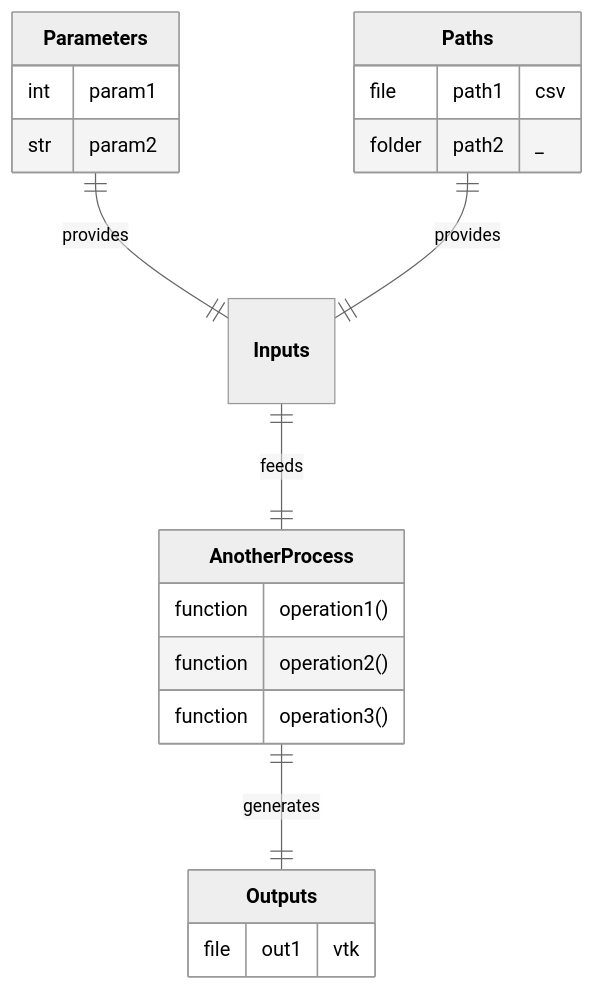
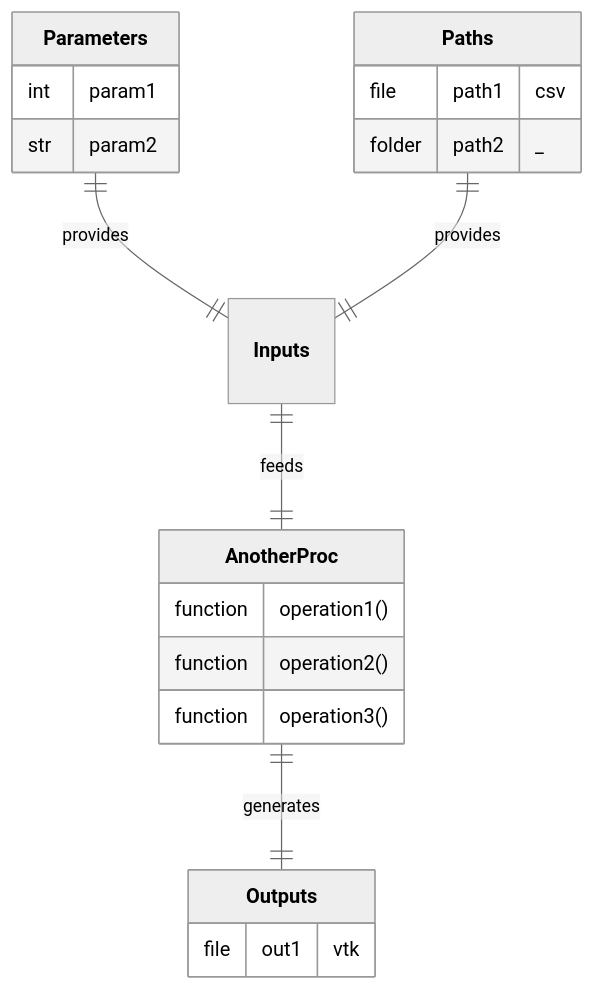
The fourth of 17 diagrams in README.md (nuremics/nuremics), drawn with Mermaid (neutral theme) before and after one commit. The commit also changed other lines of this file, not shown here.

````diff
--- a/README.md
+++ b/README.md
@@ -151,24 +151,24 @@
 ```mermaid
 erDiagram
   **Parameters** ||--|| **Inputs** : provides
   **Paths** ||--|| **Inputs** : provides
-  **Inputs** ||--|| **AnotherProcess** : feeds
-  **AnotherProcess** ||--|| **Outputs** : generates
+  **Inputs** ||--|| **AnotherProc** : feeds
+  **AnotherProc** ||--|| **Outputs** : generates
 
   **Parameters** {
     int param1
     str param2
   }
   **Paths** {
     file path1 "csv"
     folder path2 "_"
   }
-  **AnotherProcess** {
+  **AnotherProc** {
     function operation1()
     function operation2()
     function operation3()
   }
   **Outputs** {
     file out1 "vtk"
   }
 ```
````
